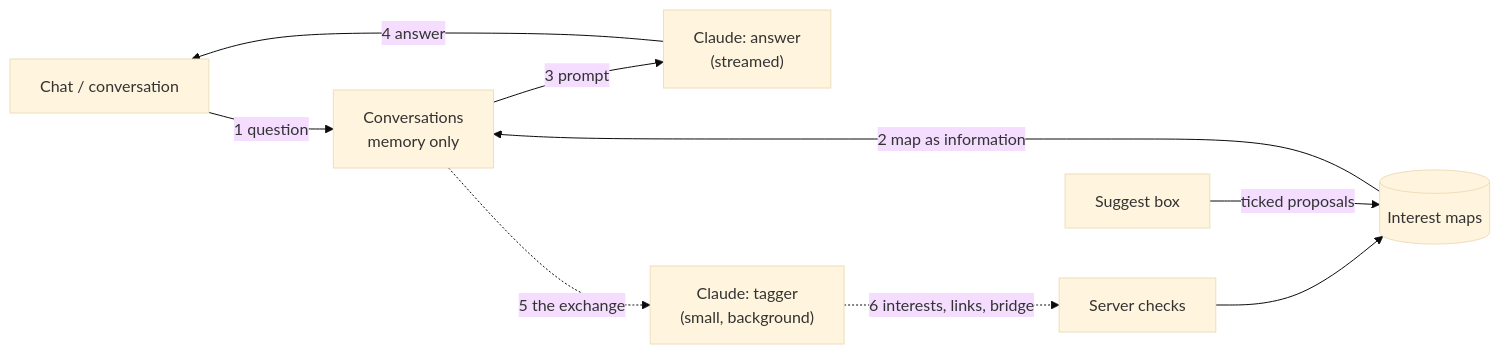
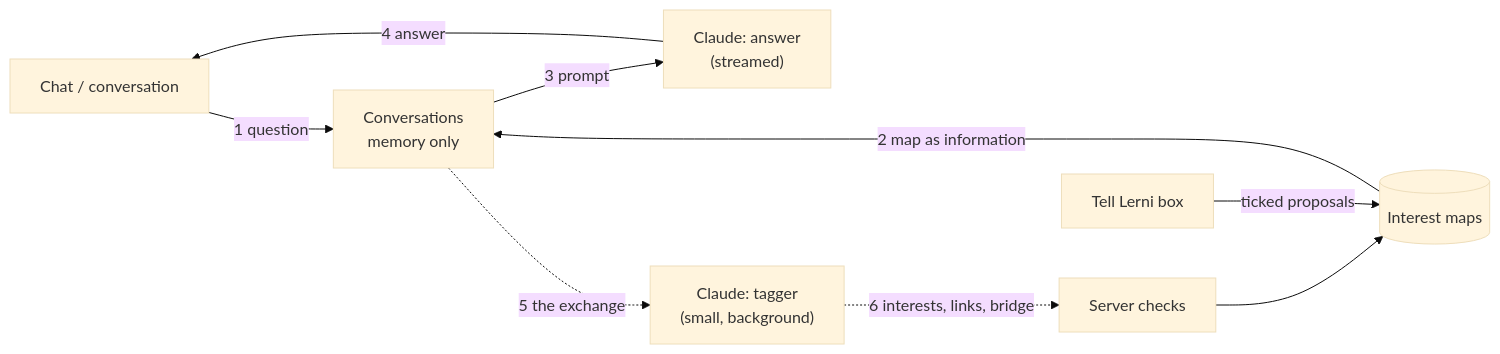
The second of 2 diagrams in docs/ARCHITECTURE.md (torenunez/lerni), drawn with Mermaid (base theme) before and after one commit. The commit also changed other lines of this file and 11 other files, not shown here.

First line of the commit message:
v3.44: eval, docs, and the Tell Lerni name

````diff
--- a/docs/ARCHITECTURE.md
+++ b/docs/ARCHITECTURE.md
@@ -36,10 +36,10 @@
 ```mermaid
 flowchart LR
     screen["Chat / conversation"] -- "1 question" --> convo["Conversations<br/>memory only"]
     maps[("Interest maps")] -- "2 map as information" --> convo
     convo -- "3 prompt" --> claude["Claude: answer<br/>(streamed)"]
     claude -- "4 answer" --> screen
     convo -. "5 the exchange" .-> tagger["Claude: tagger<br/>(small, background)"]
     tagger -. "6 interests, links, bridge" .-> check["Server checks"] --> maps
-    edev["Suggest box"] -- "ticked proposals" --> maps
+    edev["Tell Lerni box"] -- "ticked proposals" --> maps
 ```
````
